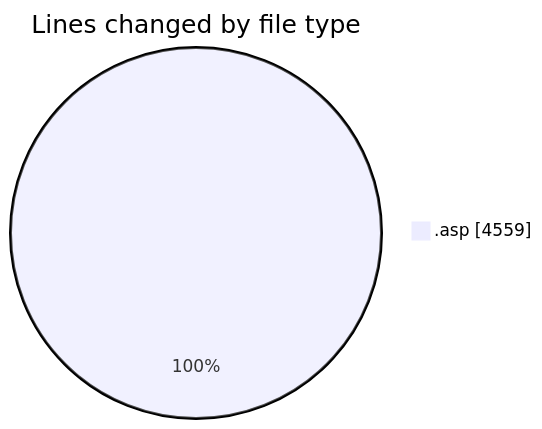
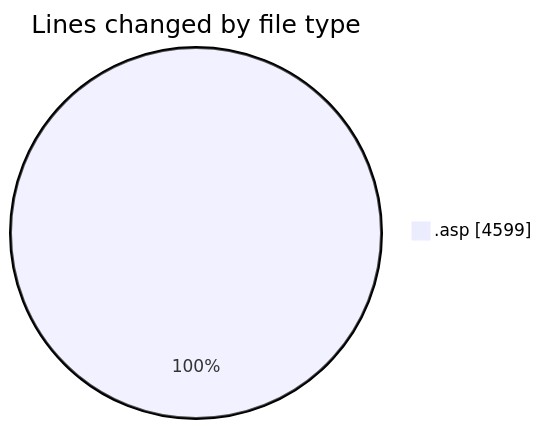
The first of 2 diagrams in 2025-10-17/cdp_aleoudev_fr__workspace_/README.md (julien-gomy/code-tracking), drawn with Mermaid before and after one commit. The commit also changed other lines of this file and 1 other file, not shown here.

````diff
--- a/2025-10-17/cdp_aleoudev_fr__workspace_/README.md
+++ b/2025-10-17/cdp_aleoudev_fr__workspace_/README.md
@@ -24,5 +24,5 @@
 ```mermaid
 pie showData
 title Lines changed by file type
-".asp" : 4559
+".asp" : 4599
 ```
````
